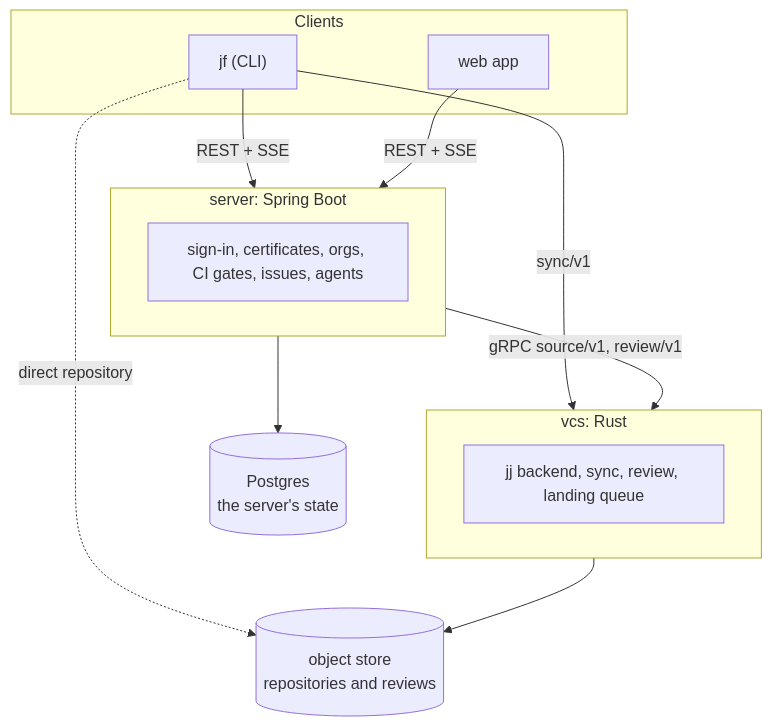
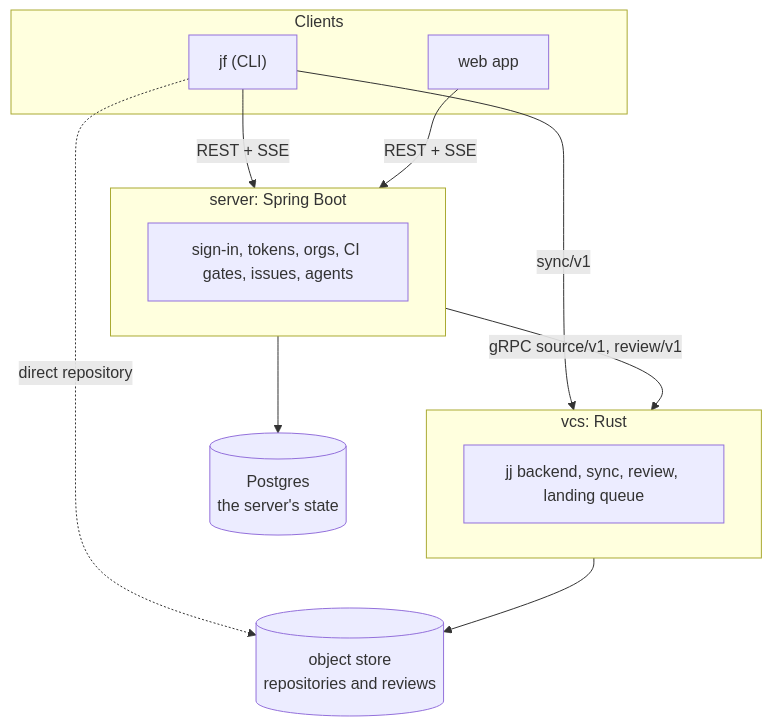
One commit to nca-apprentices/jjforge changed the diagram in shared/docs/architecture.md. Above: the diagram before and after it, drawn with Mermaid. The commit also changed other lines of this file and 3 other files, not shown here.

First line of the commit message:
docs(adr): sign in with server tokens, not SSH certificates

````diff
--- a/shared/docs/architecture.md
+++ b/shared/docs/architecture.md
@@ -9,27 +9,27 @@
 ```mermaid
 flowchart TB
     subgraph clients[Clients]
         cli["jf (CLI)"]
         web[web app]
     end
 
     subgraph server["server: Spring Boot"]
-        domains["sign-in, certificates, orgs, CI gates, issues, agents"]
+        domains["sign-in, tokens, orgs, CI gates, issues, agents"]
     end
 
     pg[("Postgres<br/>the server's state")]
 
     subgraph vcs["vcs: Rust"]
         vdomains["jj backend, sync, review, landing queue"]
     end
 
     store[("object store<br/>repositories and reviews")]
 
     cli -- "REST + SSE" --> server
     web -- "REST + SSE" --> server
     cli -- "sync/v1" --> vcs
     cli -. "direct repository" .-> store
     server -- "gRPC source/v1, review/v1" --> vcs
     server --> pg
     vcs --> store
 ```
````
